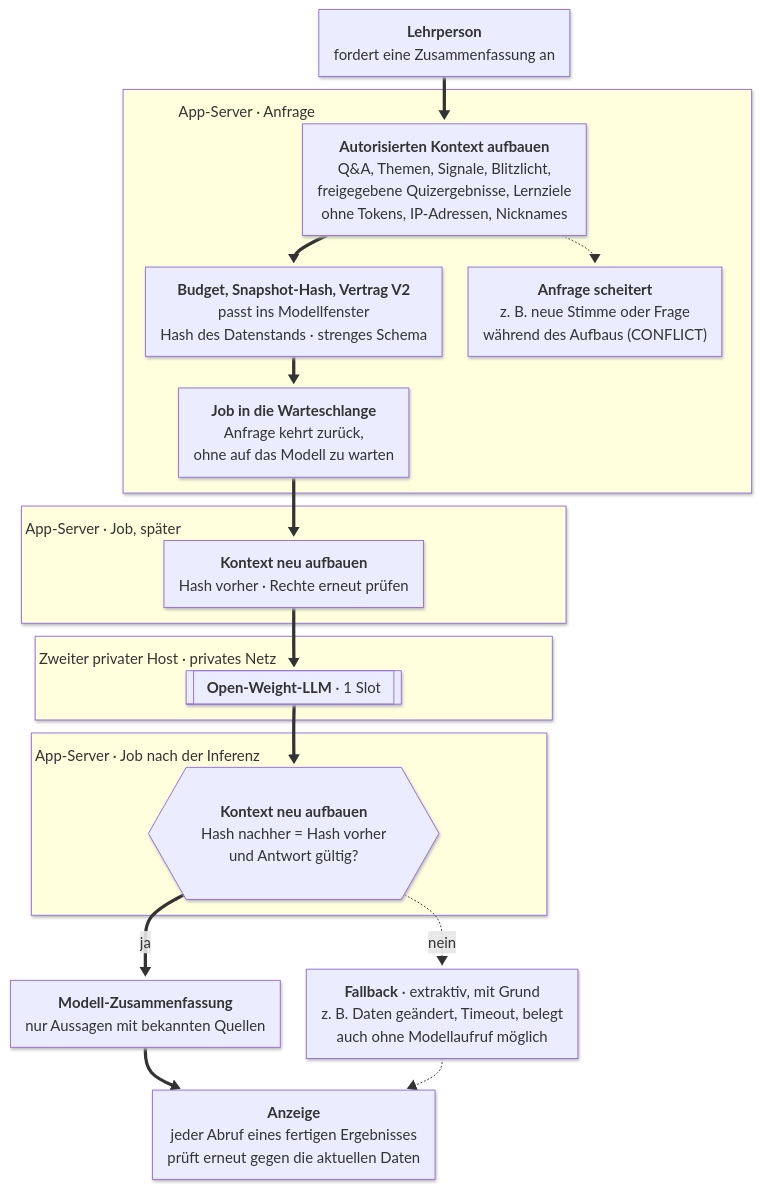
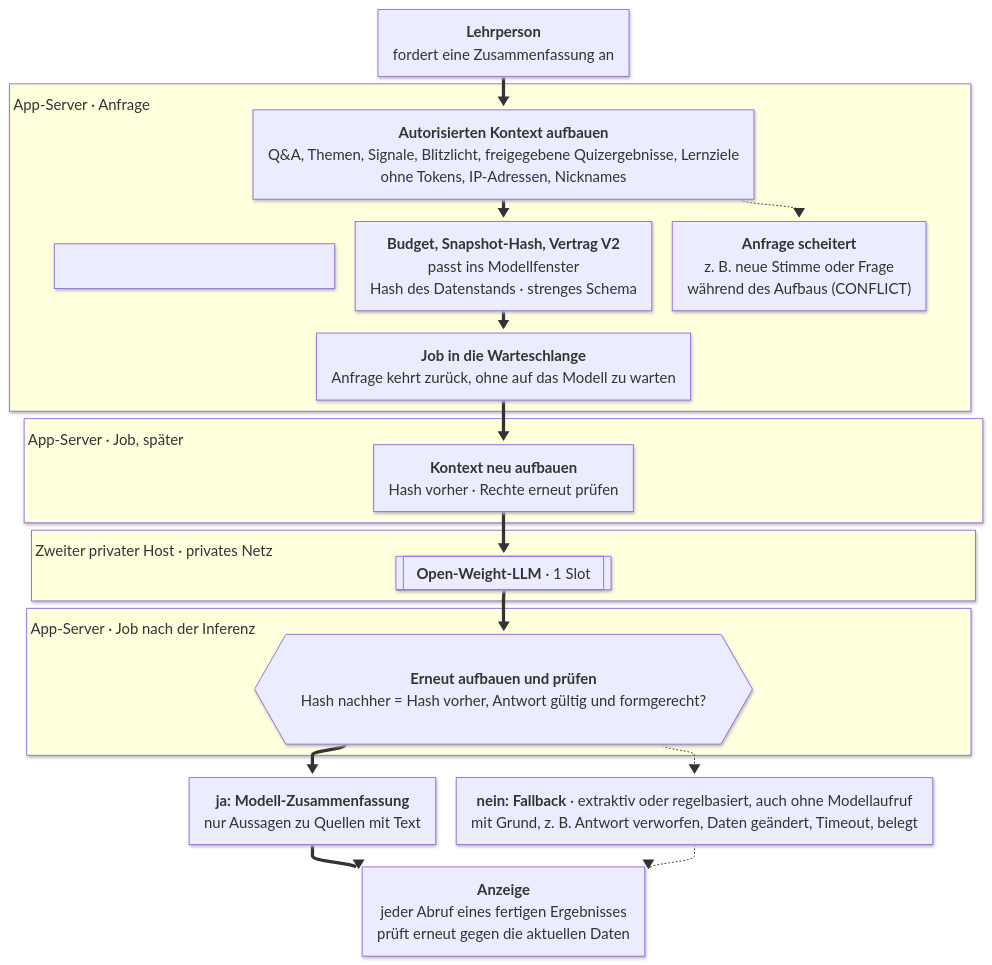
Before and after one commit to NiklasSkulll/arsnova.eu: the diagram in docs/referat-thema-1/diagrams/1c-context-path-overview.mmd, drawn with Mermaid. The commit also changed 39 other files, not shown here.

First line of the commit message:
docs(referat): translate the 1C diagrams and align them to def56700

```diff
--- a/docs/referat-thema-1/diagrams/1c-context-path-overview.mmd
+++ b/docs/referat-thema-1/diagrams/1c-context-path-overview.mmd
@@ -1,82 +1,83 @@
 ---
 config:
   look: neo
   flowchart:
-    curve: basis
-    nodeSpacing: 28
-    rankSpacing: 34
-    wrappingWidth: 340
+    curve: bumpY
+    nodeSpacing: 22
+    rankSpacing: 24
+    padding: 8
+    wrappingWidth: 700
     subGraphTitleMargin:
-      top: 12
-      bottom: 8
+      top: 10
+      bottom: 6
 ---
 flowchart TB
   host["`**Lehrperson**
   fordert eine Zusammenfassung an`"]
 
-  subgraph APP["App-Server · Anfrage⠀⠀⠀⠀⠀⠀⠀⠀⠀⠀⠀⠀⠀⠀⠀⠀⠀⠀⠀⠀⠀⠀⠀⠀⠀⠀⠀⠀⠀⠀⠀⠀⠀⠀⠀"]
+  subgraph APP["App-Server · Anfrage⠀⠀⠀⠀⠀⠀⠀⠀⠀⠀⠀⠀⠀⠀⠀⠀⠀⠀⠀⠀⠀⠀⠀⠀⠀⠀⠀⠀⠀⠀⠀⠀⠀⠀⠀⠀⠀⠀⠀⠀⠀⠀⠀⠀⠀⠀⠀⠀⠀⠀⠀⠀⠀⠀⠀⠀⠀⠀⠀⠀⠀⠀⠀⠀⠀⠀⠀⠀⠀⠀⠀⠀⠀⠀⠀"]
+    spA["⠀⠀⠀⠀⠀⠀⠀⠀⠀⠀⠀⠀⠀⠀⠀⠀⠀⠀⠀⠀⠀⠀⠀"]
     ctx["`**Autorisierten Kontext aufbauen**
-    Q&A, Themen, Signale, Blitzlicht,
-    freigegebene Quizergebnisse, Lernziele
+    Q&A, Themen, Signale, Blitzlicht, freigegebene Quizergebnisse, Lernziele
     ohne Tokens, IP-Adressen, Nicknames`"]
     con["`**Budget, Snapshot-Hash, Vertrag V2**
     passt ins Modellfenster
     Hash des Datenstands · strenges Schema`"]
     q["`**Job in die Warteschlange**
-    Anfrage kehrt zurück,
-    ohne auf das Modell zu warten`"]
+    Anfrage kehrt zurück, ohne auf das Modell zu warten`"]
     err["`**Anfrage scheitert**
     z. B. neue Stimme oder Frage
     während des Aufbaus (CONFLICT)`"]
   end
 
-  subgraph JOB1["App-Server · Job, später⠀⠀⠀⠀⠀⠀⠀⠀⠀⠀⠀⠀⠀⠀⠀⠀⠀⠀⠀⠀⠀⠀⠀⠀⠀⠀⠀⠀⠀⠀⠀⠀⠀⠀⠀"]
+  subgraph JOB1["App-Server · Job, später⠀⠀⠀⠀⠀⠀⠀⠀⠀⠀⠀⠀⠀⠀⠀⠀⠀⠀⠀⠀⠀⠀⠀⠀⠀⠀⠀⠀⠀⠀⠀⠀⠀⠀⠀⠀⠀⠀⠀⠀⠀⠀⠀⠀⠀⠀⠀⠀⠀⠀⠀⠀⠀⠀⠀⠀⠀⠀⠀⠀⠀⠀⠀⠀⠀⠀⠀⠀⠀⠀⠀⠀⠀"]
     rb1["`**Kontext neu aufbauen**
     Hash vorher · Rechte erneut prüfen`"]
   end
 
-  subgraph LLMH["Zweiter privater Host · privates Netz⠀⠀⠀⠀⠀⠀⠀⠀⠀⠀⠀⠀⠀⠀⠀⠀⠀⠀⠀⠀⠀⠀⠀⠀⠀"]
+  subgraph LLMH["Zweiter privater Host · privates Netz⠀ ⠀⠀⠀⠀⠀⠀⠀⠀⠀⠀⠀⠀⠀⠀⠀⠀⠀⠀⠀⠀⠀⠀⠀⠀⠀⠀⠀⠀⠀⠀⠀⠀⠀⠀⠀⠀⠀⠀⠀⠀⠀⠀⠀⠀⠀⠀⠀⠀⠀⠀⠀⠀⠀⠀⠀⠀⠀⠀⠀⠀⠀⠀⠀"]
     llm[["`**Open-Weight-LLM** · 1 Slot`"]]
   end
 
-  subgraph JOB2["App-Server · Job nach der Inferenz⠀⠀⠀⠀⠀⠀⠀⠀⠀⠀⠀⠀⠀⠀⠀⠀⠀⠀⠀⠀⠀⠀⠀⠀⠀⠀"]
-    chk{{"`**Kontext neu aufbauen**
-    Hash nachher = Hash vorher
-    und Antwort gültig?`"}}
+  subgraph JOB2["App-Server · Job nach der Inferenz⠀ ⠀ ⠀⠀⠀⠀⠀⠀⠀⠀⠀⠀⠀⠀⠀⠀⠀⠀⠀⠀⠀⠀⠀⠀⠀⠀⠀⠀⠀⠀⠀⠀⠀⠀⠀⠀⠀⠀⠀⠀⠀⠀⠀⠀⠀⠀⠀⠀⠀⠀⠀⠀⠀⠀⠀⠀⠀⠀⠀⠀⠀⠀⠀⠀⠀"]
+    chk{{"`**Erneut aufbauen und prüfen**
+    Hash nachher = Hash vorher, Antwort gültig und formgerecht?`"}}
   end
 
-  ok["`**Modell-Zusammenfassung**
-  nur Aussagen mit bekannten Quellen`"]
-  fb["`**Fallback** · extraktiv, mit Grund
-  z. B. Daten geändert, Timeout, belegt
-  auch ohne Modellaufruf möglich`"]
+  ok["`**ja:** **Modell-Zusammenfassung**
+  nur Aussagen zu Quellen mit Text`"]
+  fb["`**nein:** **Fallback** · extraktiv oder regelbasiert, auch ohne Modellaufruf
+  mit Grund, z. B. Antwort verworfen, Daten geändert, Timeout, belegt`"]
   show["`**Anzeige**
   jeder Abruf eines fertigen Ergebnisses
   prüft erneut gegen die aktuellen Daten`"]
 
+  ctx ~~~ spA
   host e1@==> ctx
   ctx e2@==> con
   con e3@==> q
   ctx e12@-.-> err
   q e5@==> rb1
   rb1 e6@==> llm
   llm e7@==> chk
-  chk e9@==>|ja| ok
-  chk e10@-.->|nein| fb
+  chk e9@==> ok
+  chk e10@-.-> fb
   ok e14@==> show
   fb e15@-.-> show
 
+  class spA dot
   class host,show host
-  class ctx,rb1 app
-  class q queue
+  class ctx app
+  class q,rb1 queue
   class con contract
   class chk decision
   class llm runtime
   class ok result
   class fb,err fallback
-  class APP,JOB1,JOB2 appGroup
+  class APP appGroup
+  class JOB1,JOB2 queueGroup
   class LLMH runtimeGroup
   class e1,e2,e3,e5,e6,e7 emph
   class e9,e14 ok
   class e10,e12,e15 fail
 %% palette
```
